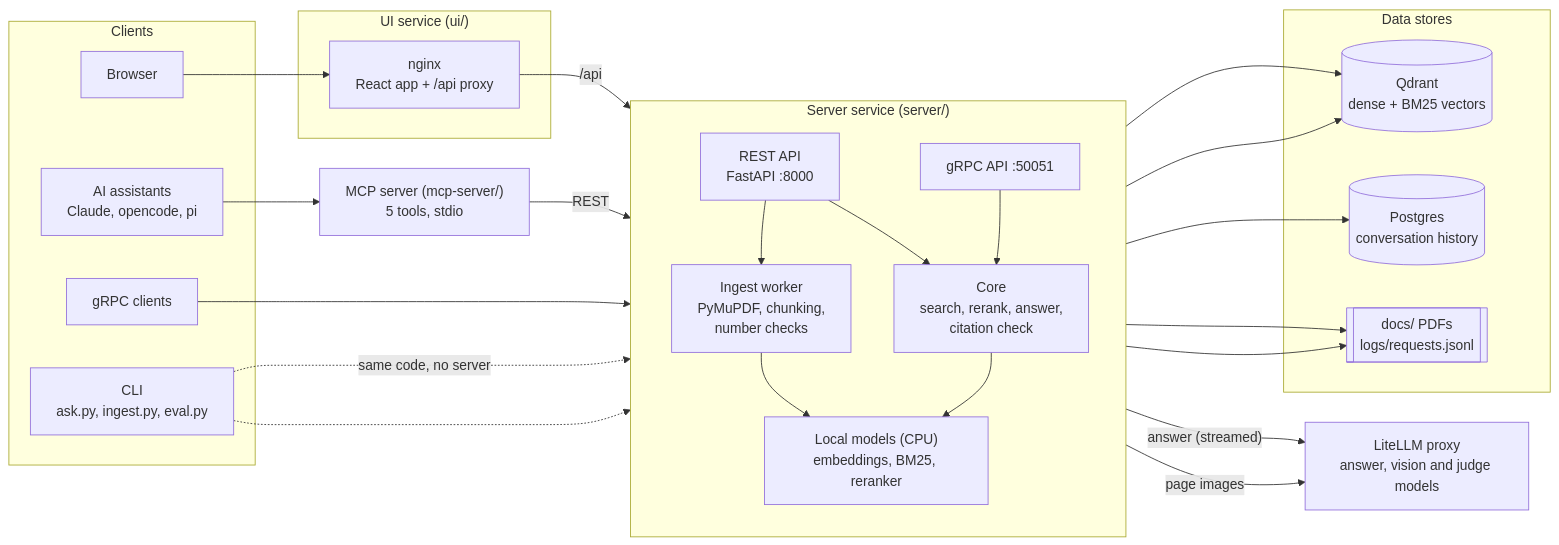
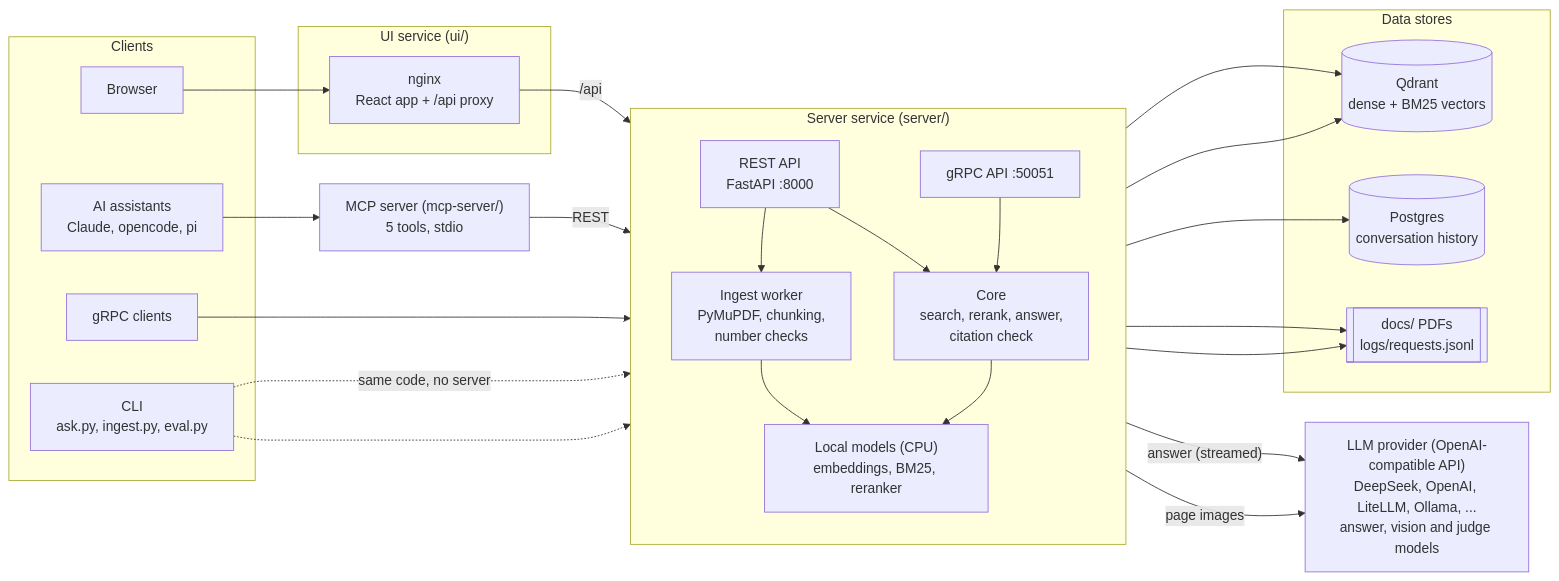
One commit to jerichosiahaya/doc-intelligence changed the first of 3 diagrams in README.md. Above: the diagram before and after it, drawn with Mermaid. The commit also changed other lines of this file and 10 other files, not shown here.

First line of the commit message:
Model calls work with any OpenAI-compatible provider

````diff
--- a/README.md
+++ b/README.md
@@ -117,52 +117,52 @@
 ```mermaid
 flowchart LR
     subgraph Clients
         B["Browser"]
         C["CLI<br/>ask.py, ingest.py, eval.py"]
         G["gRPC clients"]
         A["AI assistants<br/>Claude, opencode, pi"]
     end
 
     subgraph UIsvc["UI service (ui/)"]
         N["nginx<br/>React app + /api proxy"]
     end
 
     M["MCP server (mcp-server/)<br/>5 tools, stdio"]
 
     subgraph SRV["Server service (server/)"]
         direction TB
         R["REST API<br/>FastAPI :8000"]
         P["gRPC API :50051"]
         CORE["Core<br/>search, rerank, answer,<br/>citation check"]
         ING["Ingest worker<br/>PyMuPDF, chunking,<br/>number checks"]
         LM["Local models (CPU)<br/>embeddings, BM25, reranker"]
         R --> CORE
         P --> CORE
         R --> ING
         CORE --> LM
         ING --> LM
     end
 
     subgraph DATA["Data stores"]
         Q[("Qdrant<br/>dense + BM25 vectors")]
         PG[("Postgres<br/>conversation history")]
         F[["docs/ PDFs<br/>logs/requests.jsonl"]]
     end
 
-    L["LiteLLM proxy<br/>answer, vision and judge models"]
+    L["LLM provider (OpenAI-compatible API)<br/>DeepSeek, OpenAI, LiteLLM, Ollama, ...<br/>answer, vision and judge models"]
 
     B --> N
     N -->|"/api"| R
     A --> M
     M -->|REST| R
     G --> P
     C -.->|"same code, no server"| CORE
     C -.-> ING
     CORE --> Q
     ING --> Q
     R --> PG
     ING --> F
     R --> F
     CORE -->|"answer (streamed)"| L
     ING -->|"page images"| L
 ```
````
